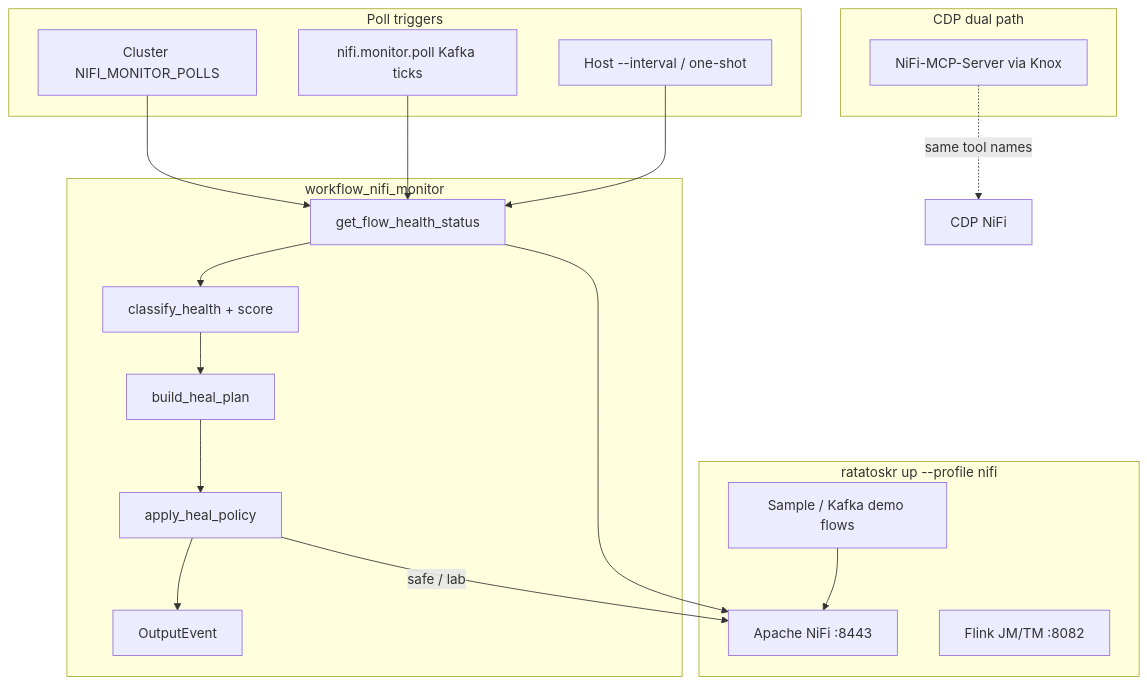
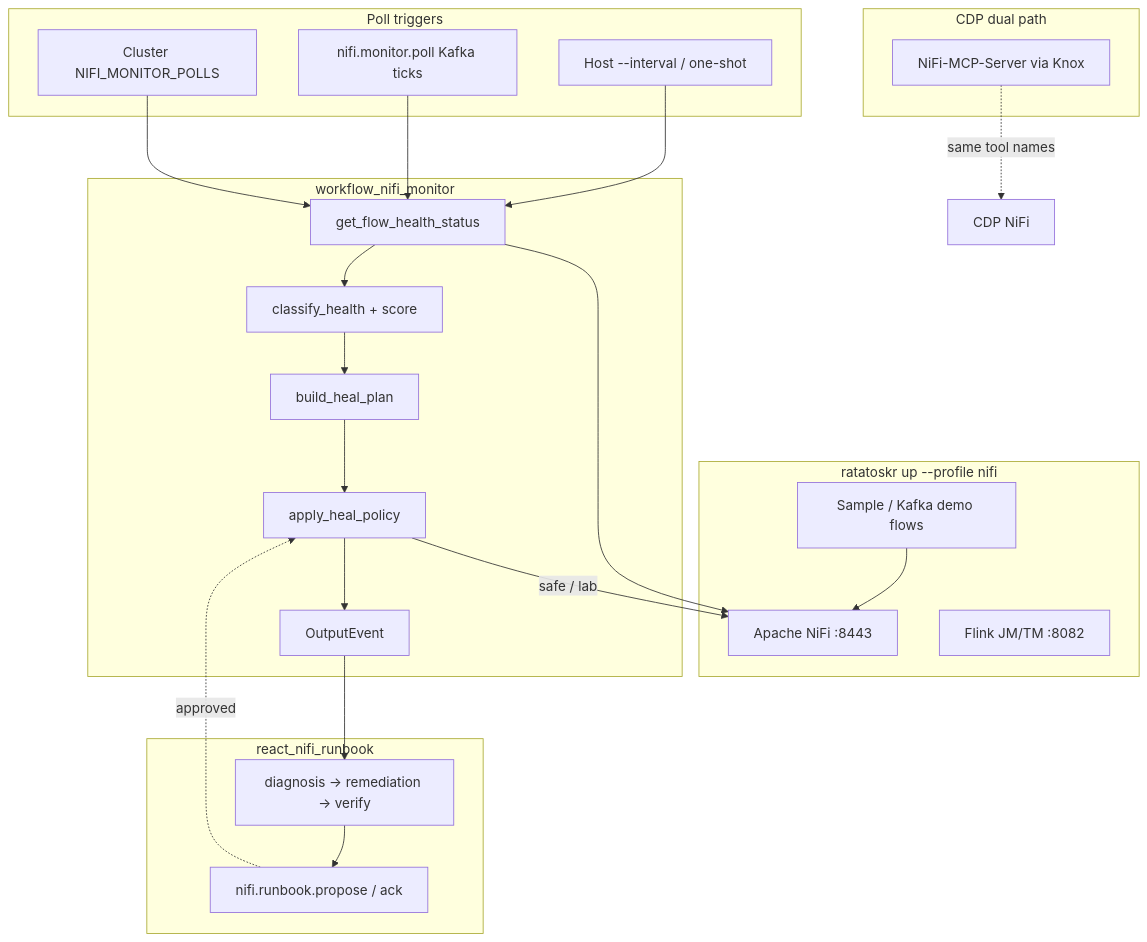
The first of 3 diagrams in nifi/README.md (BrooksIan/FlinkDockerWithAgents), drawn with Mermaid before and after one commit. The commit also changed other lines of this file and 30 other files, not shown here.

````diff
--- a/nifi/README.md
+++ b/nifi/README.md
@@ -229,35 +242,43 @@
 ```mermaid
 flowchart TB
   subgraph Stack["ratatoskr up --profile nifi"]
     NiFi["Apache NiFi :8443"]
     Sample["Sample / Kafka demo flows"]
     Flink["Flink JM/TM :8082"]
   end
 
   subgraph Agent["workflow_nifi_monitor"]
     Poll["get_flow_health_status"]
     Classify["classify_health + score"]
     Plan["build_heal_plan"]
     Heal["apply_heal_policy"]
     Out["OutputEvent"]
+  end
+
+  subgraph Runbook["react_nifi_runbook"]
+    RB["diagnosis → remediation → verify"]
+    HITL["nifi.runbook.propose / ack"]
   end
 
   subgraph Triggers["Poll triggers"]
     Host["Host --interval / one-shot"]
     Ticks["nifi.monitor.poll Kafka ticks"]
     Cluster["Cluster NIFI_MONITOR_POLLS"]
   end
 
   subgraph CDP["CDP dual path"]
     MCP["NiFi-MCP-Server via Knox"]
   end
 
   Sample --> NiFi
   Host --> Poll
   Ticks --> Poll
   Cluster --> Poll
   Poll --> NiFi
   Poll --> Classify --> Plan --> Heal --> Out
   Heal -->|"safe / lab"| NiFi
+  Out --> RB
+  RB --> HITL
+  HITL -.->|"approved"| Heal
   MCP -.->|"same tool names"| NiFiCDP["CDP NiFi"]
 ```
````
